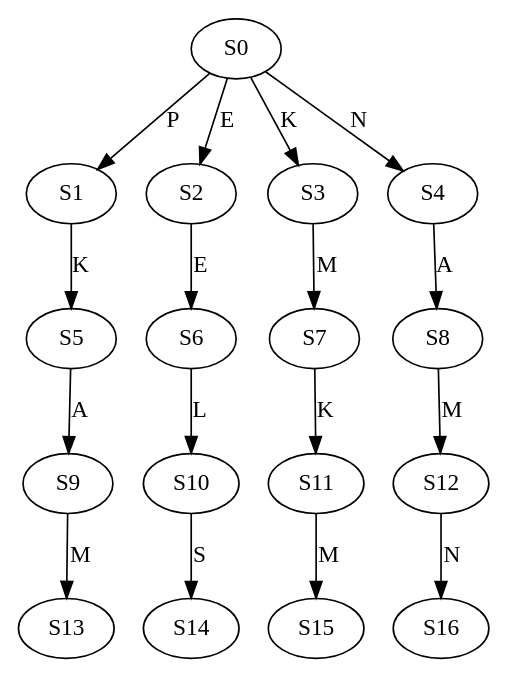
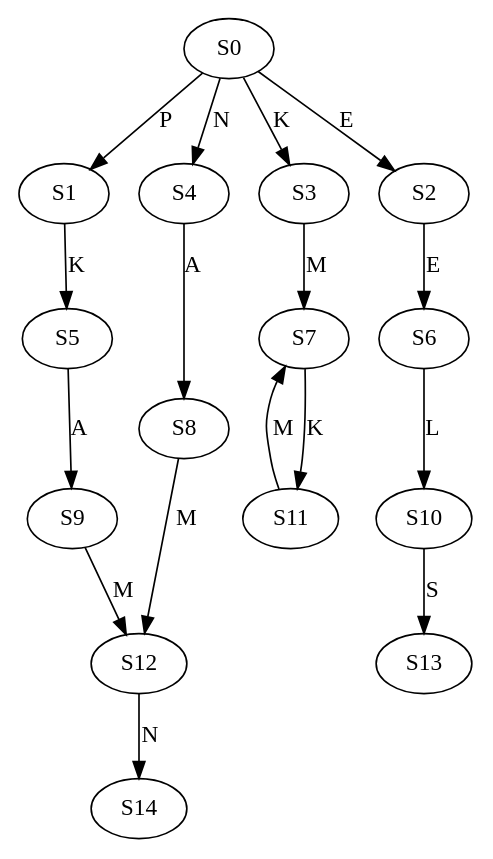
The diagram in data/graph/GT_vs_WGT/DeBruijnG_AA/Human_STAU2_orthologues_AA_k_3_l_4_a_4.dot (Kuanhao-Chao/Wheeler_Graph_Toolkit), drawn with Graphviz before and after one commit. The commit also changed 1989 other files, not shown here.

Commit message:
Add non-collapsed De Bruijn Graph

```diff
--- a/data/graph/GT_vs_WGT/DeBruijnG_AA/Human_STAU2_orthologues_AA_k_3_l_4_a_4.dot
+++ b/data/graph/GT_vs_WGT/DeBruijnG_AA/Human_STAU2_orthologues_AA_k_3_l_4_a_4.dot
@@ -1,18 +1,18 @@
 strict digraph  {
 	S0 -> S1 [ label = P ];
 	S0 -> S2 [ label = E ];
 	S0 -> S3 [ label = K ];
 	S0 -> S4 [ label = N ];
 	S1 -> S5 [ label = K ];
 	S2 -> S6 [ label = E ];
 	S3 -> S7 [ label = M ];
 	S4 -> S8 [ label = A ];
 	S5 -> S9 [ label = A ];
 	S6 -> S10 [ label = L ];
 	S7 -> S11 [ label = K ];
 	S8 -> S12 [ label = M ];
-	S9 -> S13 [ label = M ];
-	S10 -> S14 [ label = S ];
-	S11 -> S15 [ label = M ];
-	S12 -> S16 [ label = N ];
+	S9 -> S12 [ label = M ];
+	S10 -> S13 [ label = S ];
+	S11 -> S7 [ label = M ];
+	S12 -> S14 [ label = N ];
 }
```
